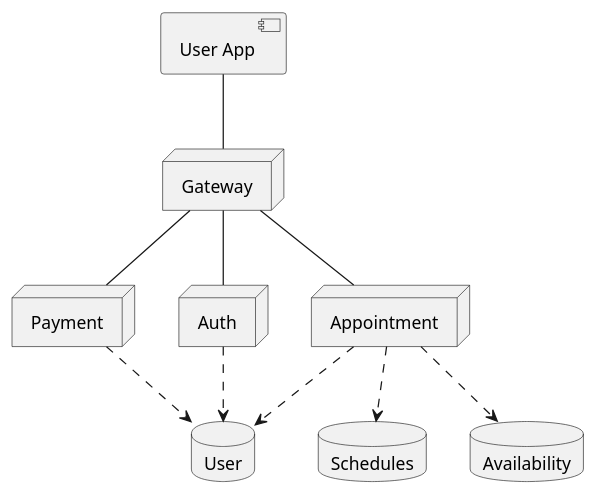
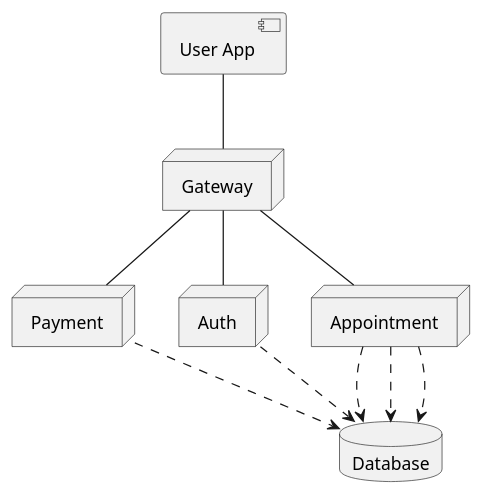
The diagram in microservices.puml (appointment-octopus/docs), drawn with PlantUML before and after one commit. The commit also changed 1 other file, not shown here.

```diff
--- a/microservices.puml
+++ b/microservices.puml
@@ -1,25 +1,24 @@
 @startuml microservices
 skinparam backgroundcolor transparent
 
 component "User App" as userapp
 node Gateway
 node Payment
 node Auth
 node Appointment
-database User
-database Schedules
-database Availability
+database Database
+
 
 userapp -- Gateway
 
 Gateway -- Payment
 Gateway -- Auth
 Gateway -- Appointment
 
-Payment ..> User
-Auth ..> User
-Appointment ..> User
-Appointment ..> Availability
-Appointment ..> Schedules
+Payment ..> Database
+Auth ..> Database
+Appointment ..> Database
+Appointment ..> Database
+Appointment ..> Database
 
 @enduml
```
